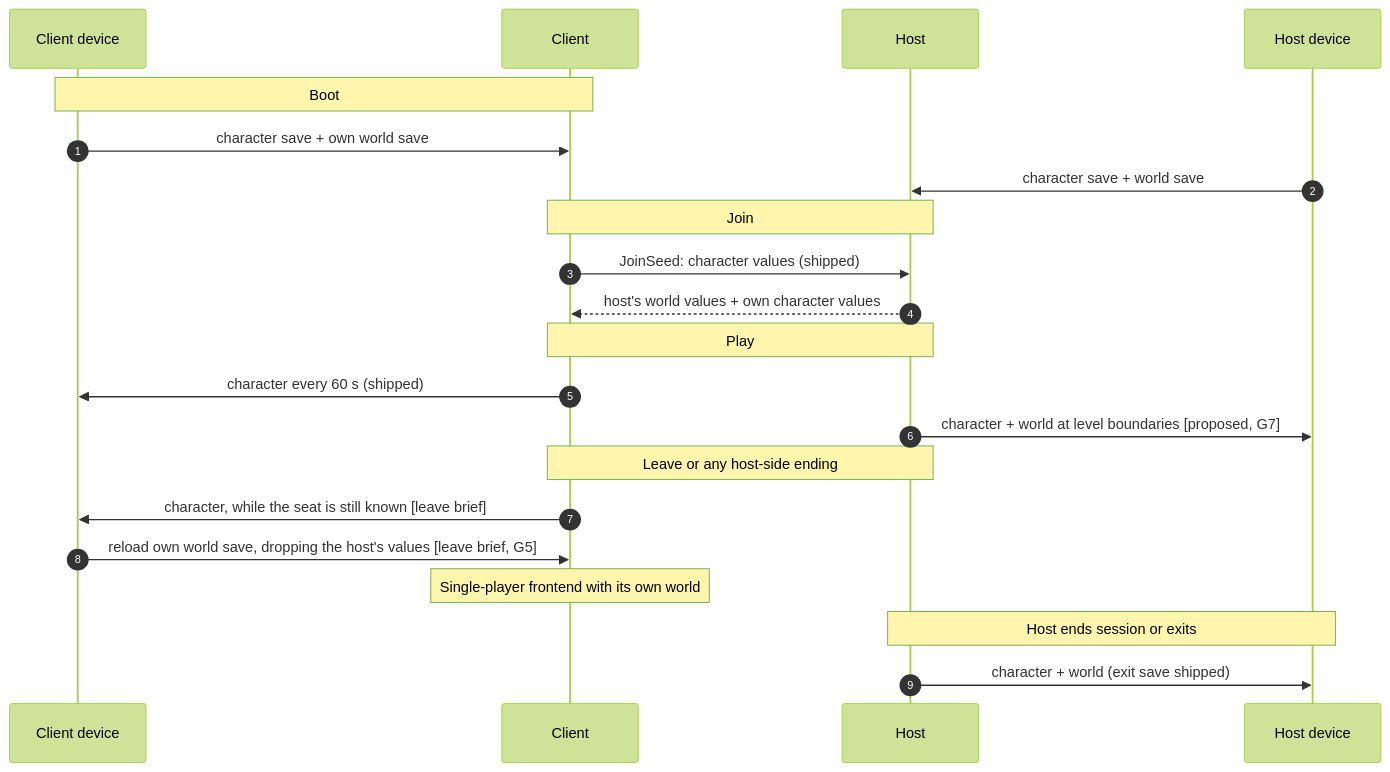
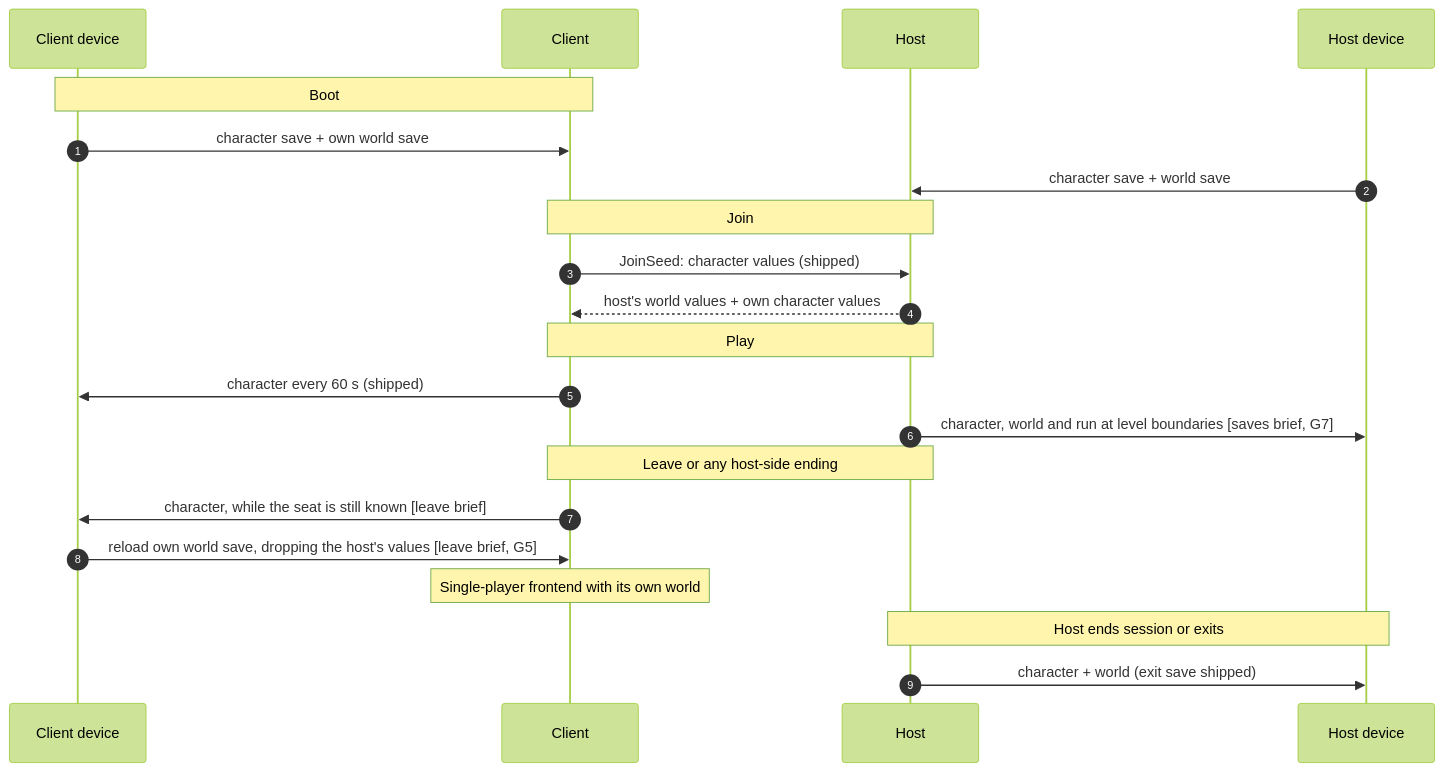
The sixth of 6 diagrams in context/research/coop-session-lifecycle.md (majtom2grndctrl/postretro), drawn with Mermaid (forest theme) before and after one commit. The commit also changed other lines of this file and 2 other files, not shown here.

First line of the commit message:
Saves brief: ledger serialization, keep-axis New game, join gear policy

````diff
--- a/context/research/coop-session-lifecycle.md
+++ b/context/research/coop-session-lifecycle.md
@@ -210,23 +210,23 @@
 ```mermaid
 sequenceDiagram
     autonumber
     participant CD as Client device
     participant C as Client
     participant H as Host
     participant HD as Host device
     Note over C,CD: Boot
     CD->>C: character save + own world save
     HD->>H: character save + world save
     Note over C,H: Join
     C->>H: JoinSeed: character values (shipped)
     H-->>C: host's world values + own character values
     Note over C,H: Play
     C->>CD: character every 60 s (shipped)
-    H->>HD: character + world at level boundaries [proposed, G7]
+    H->>HD: character, world and run at level boundaries [saves brief, G7]
     Note over C,H: Leave or any host-side ending
     C->>CD: character, while the seat is still known [leave brief]
     CD->>C: reload own world save, dropping the host's values [leave brief, G5]
     Note over C: Single-player frontend with its own world
     Note over H,HD: Host ends session or exits
     H->>HD: character + world (exit save shipped)
 ```
````
